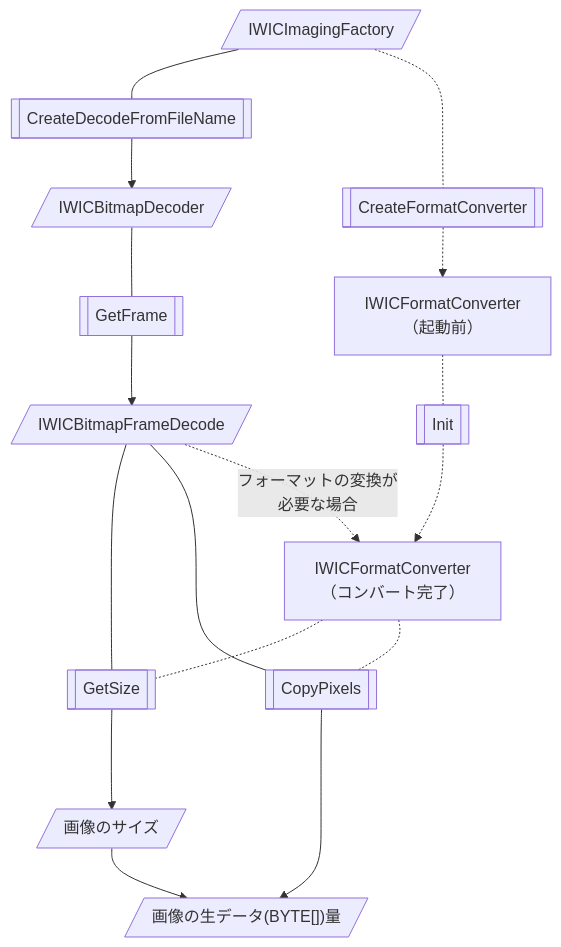
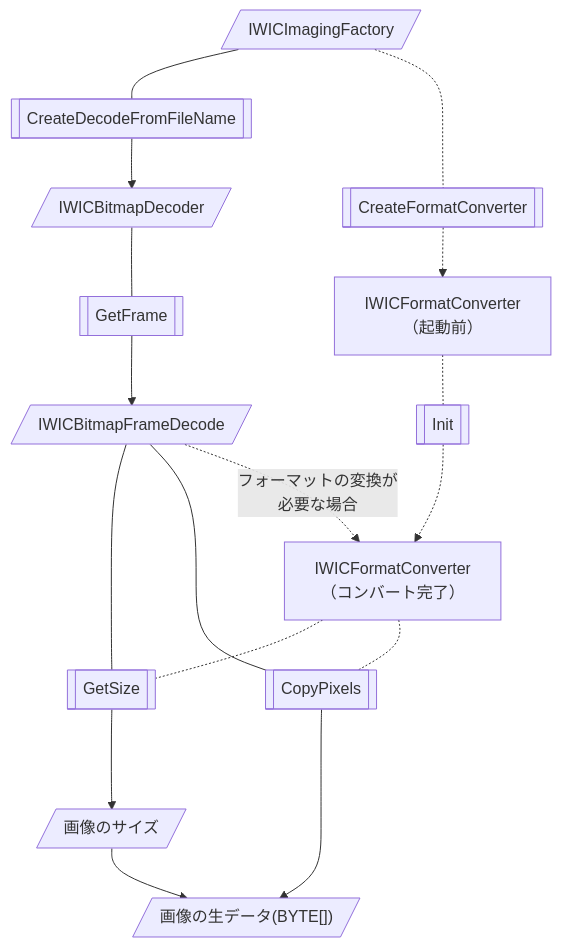
Before and after one commit to t3HyperParallel/ReportGPGPU: the second of 5 diagrams in README.md, drawn with Mermaid.

````diff
--- a/README.md
+++ b/README.md
@@ -37,18 +37,18 @@
 ```mermaid
 graph TD
   IWICImagingFactory[/"IWICImagingFactory"/]---IWICImagingFactory.CreateDecoderFromFileName[["CreateDecodeFromFileName"]]
   IWICImagingFactory.CreateDecoderFromFileName-->IWICBitmapDecoder[/"IWICBitmapDecoder"/]
   IWICBitmapDecoder---IWICBitmapDecoder.GetFrame[["GetFrame"]]
   IWICBitmapDecoder.GetFrame-->IWICBitmapFrameDecode[/"IWICBitmapFrameDecode"/]
   IWICBitmapFrameDecode---IWICBitmapSource.GetSize[["GetSize"]]
   IWICBitmapSource.GetSize--->size[/"画像のサイズ"/]
   IWICBitmapFrameDecode---IWICBitmapSource.CopyPixels[["CopyPixels"]]
-  size & IWICBitmapSource.CopyPixels-->raw[/"画像の生データ(BYTE[])量"/]
+  size & IWICBitmapSource.CopyPixels-->raw[/"画像の生データ(BYTE[])"/]
   
   IWICImagingFactory-.-IWICImagingFactory.CreateFormatConverter[["CreateFormatConverter"]]
   IWICImagingFactory.CreateFormatConverter-.->unusedIWICFormatConverter["IWICFormatConverter<br/>（起動前）"]
   unusedIWICFormatConverter-.-IWICFormatConverter.Init[["Init"]]
   IWICBitmapFrameDecode-.->|フォーマットの変換が<br/>必要な場合|convertedIWICFormatConverter
   IWICFormatConverter.Init-.->convertedIWICFormatConverter["IWICFormatConverter<br/>（コンバート完了）"]
   convertedIWICFormatConverter-.-IWICBitmapSource.GetSize & IWICBitmapSource.CopyPixels
 ```
````
